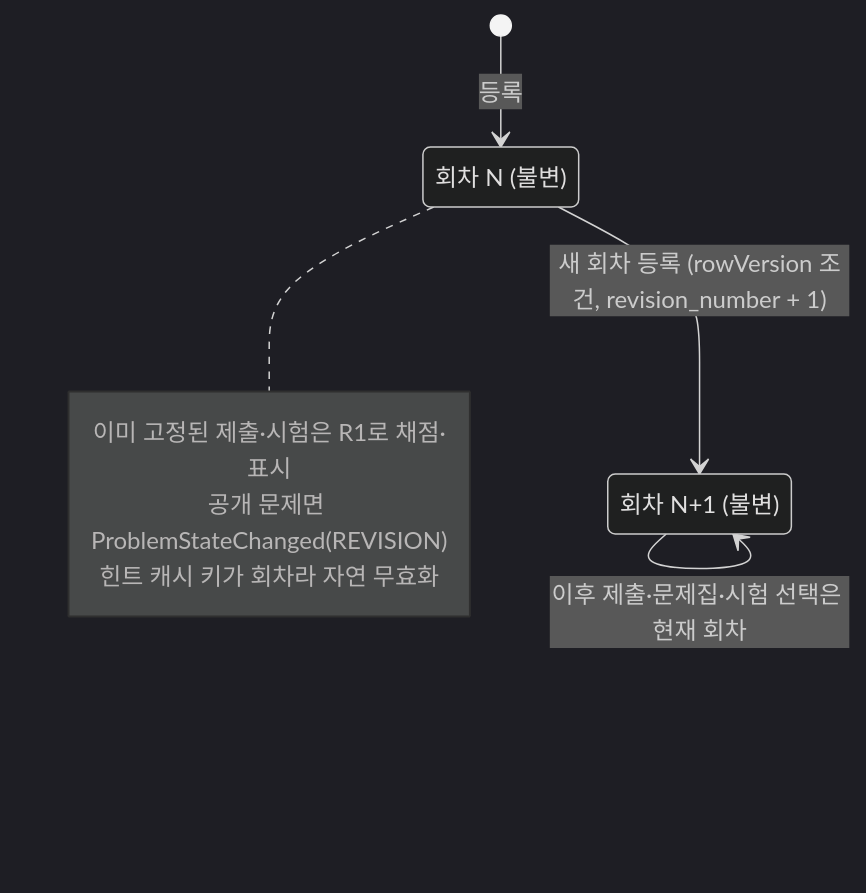
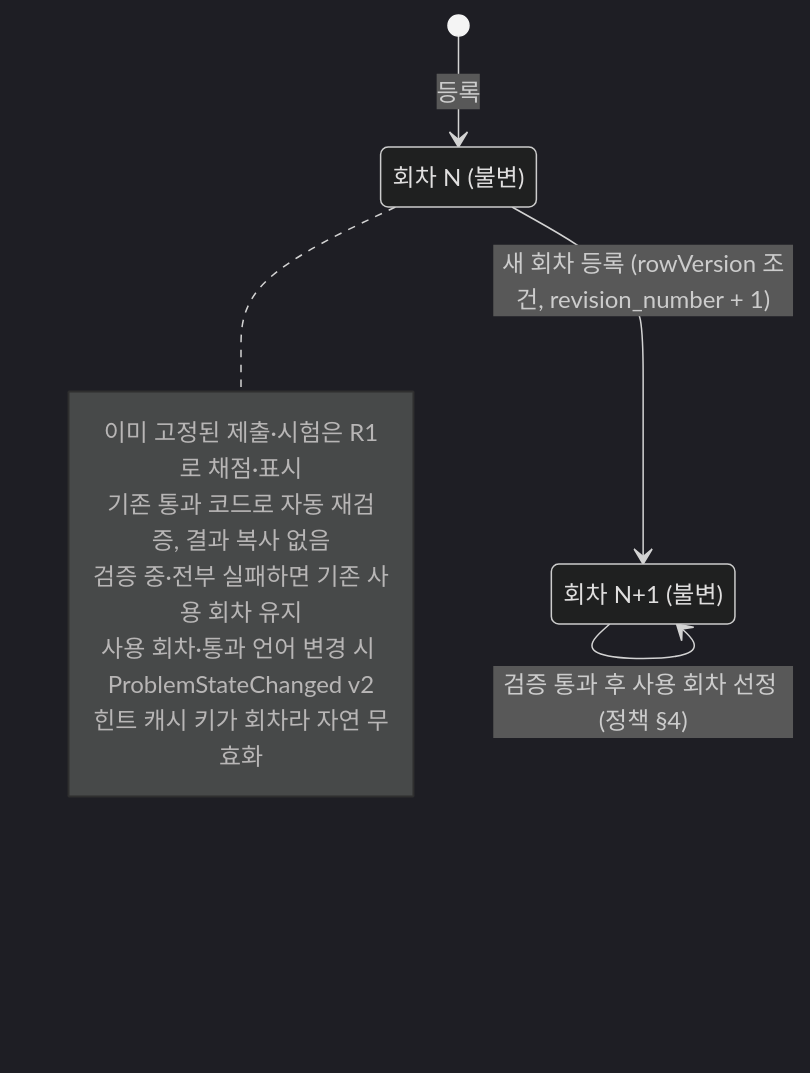
Diagram 14 of 57 in docs/dev/architecture/diagrams.md (Back-To-Back-team-3/re-solve), drawn with Mermaid (dark theme) before and after one commit. The commit also changed other lines of this file and 6 other files, not shown here.

````diff
--- a/docs/dev/architecture/diagrams.md
+++ b/docs/dev/architecture/diagrams.md
@@ -433,13 +433,15 @@
 ```mermaid
 stateDiagram-v2
     state "회차 N (불변)" as R1
     state "회차 N+1 (불변)" as R2
     [*] --> R1 : 등록
     R1 --> R2 : 새 회차 등록 (rowVersion 조건, revision_number + 1)
-    R2 --> R2 : 이후 제출·문제집·시험 선택은 현재 회차
+    R2 --> R2 : 검증 통과 후 사용 회차 선정 (정책 §4)
     note right of R1
         이미 고정된 제출·시험은 R1로 채점·표시
-        공개 문제면 ProblemStateChanged(REVISION)
+        기존 통과 코드로 자동 재검증, 결과 복사 없음
+        검증 중·전부 실패하면 기존 사용 회차 유지
+        사용 회차·통과 언어 변경 시 ProblemStateChanged v2
         힌트 캐시 키가 회차라 자연 무효화
     end note
 ```
````
